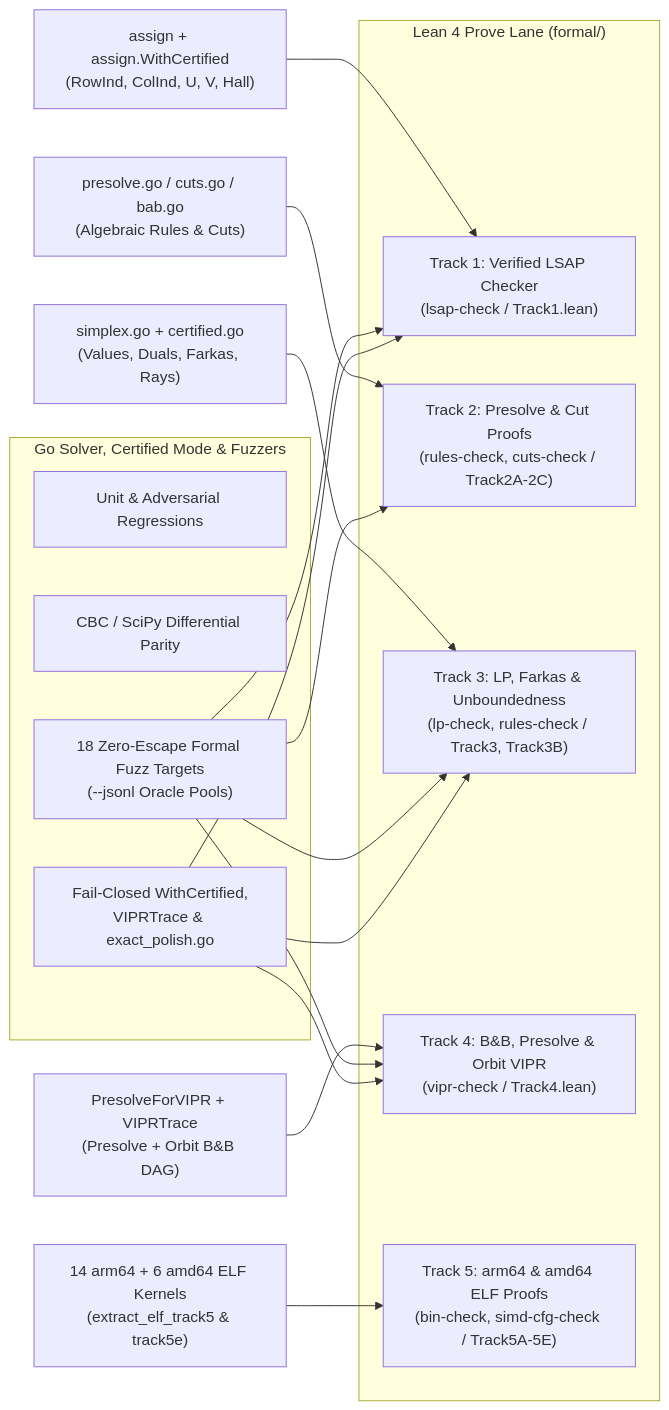
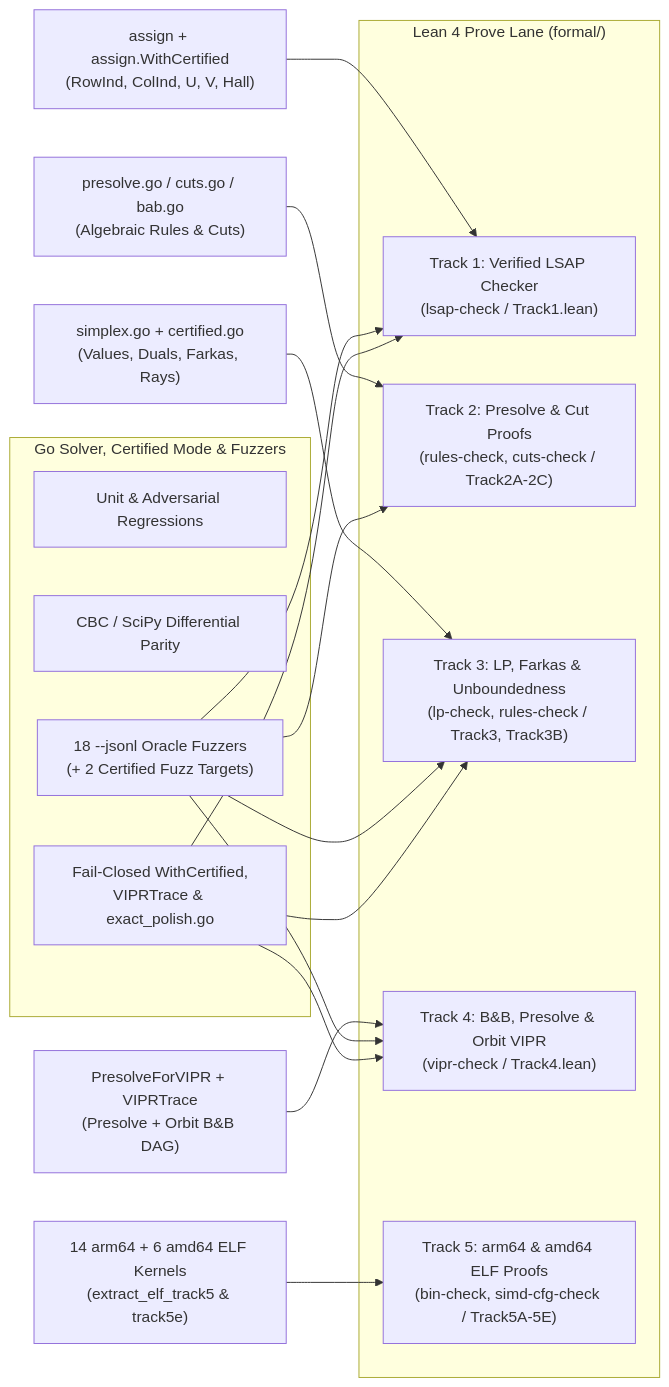
One commit to paulourio/goblin changed the diagram in docs/formal-verification.md. Above: the diagram before and after it, drawn with Mermaid. The commit also changed other lines of this file and 5 other files, not shown here.

````diff
--- a/docs/formal-verification.md
+++ b/docs/formal-verification.md
@@ -15,25 +15,25 @@
 ```mermaid
 flowchart LR
     subgraph GoLane["Go Solver, Certified Mode & Fuzzers"]
         G1["Unit & Adversarial Regressions"]
         G2["CBC / SciPy Differential Parity"]
-        G3["18 Zero-Escape Formal Fuzz Targets\n(--jsonl Oracle Pools)"]
+        G3["18 --jsonl Oracle Fuzzers\n(+ 2 Certified Fuzz Targets)"]
         G4["Fail-Closed WithCertified,\nVIPRTrace & exact_polish.go"]
     end
 
     subgraph ProveLane["Lean 4 Prove Lane (formal/)"]
         P1["Track 1: Verified LSAP Checker\n(lsap-check / Track1.lean)"]
         P2["Track 2: Presolve & Cut Proofs\n(rules-check, cuts-check / Track2A-2C)"]
         P3["Track 3: LP, Farkas & Unboundedness\n(lp-check, rules-check / Track3, Track3B)"]
         P4["Track 4: B&B, Presolve & Orbit VIPR\n(vipr-check / Track4.lean)"]
         P5["Track 5: arm64 & amd64 ELF Proofs\n(bin-check, simd-cfg-check / Track5A-5E)"]
     end
 
     A["assign + assign.WithCertified\n(RowInd, ColInd, U, V, Hall)"] --> P1
     B["presolve.go / cuts.go / bab.go\n(Algebraic Rules & Cuts)"] --> P2
     C["simplex.go + certified.go\n(Values, Duals, Farkas, Rays)"] --> P3
     D["PresolveForVIPR + VIPRTrace\n(Presolve + Orbit B&B DAG)"] --> P4
     E["14 arm64 + 6 amd64 ELF Kernels\n(extract_elf_track5 & track5e)"] --> P5
     G3 --> P1 & P2 & P3 & P4
     G4 --> P1 & P3 & P4
 ```
````
